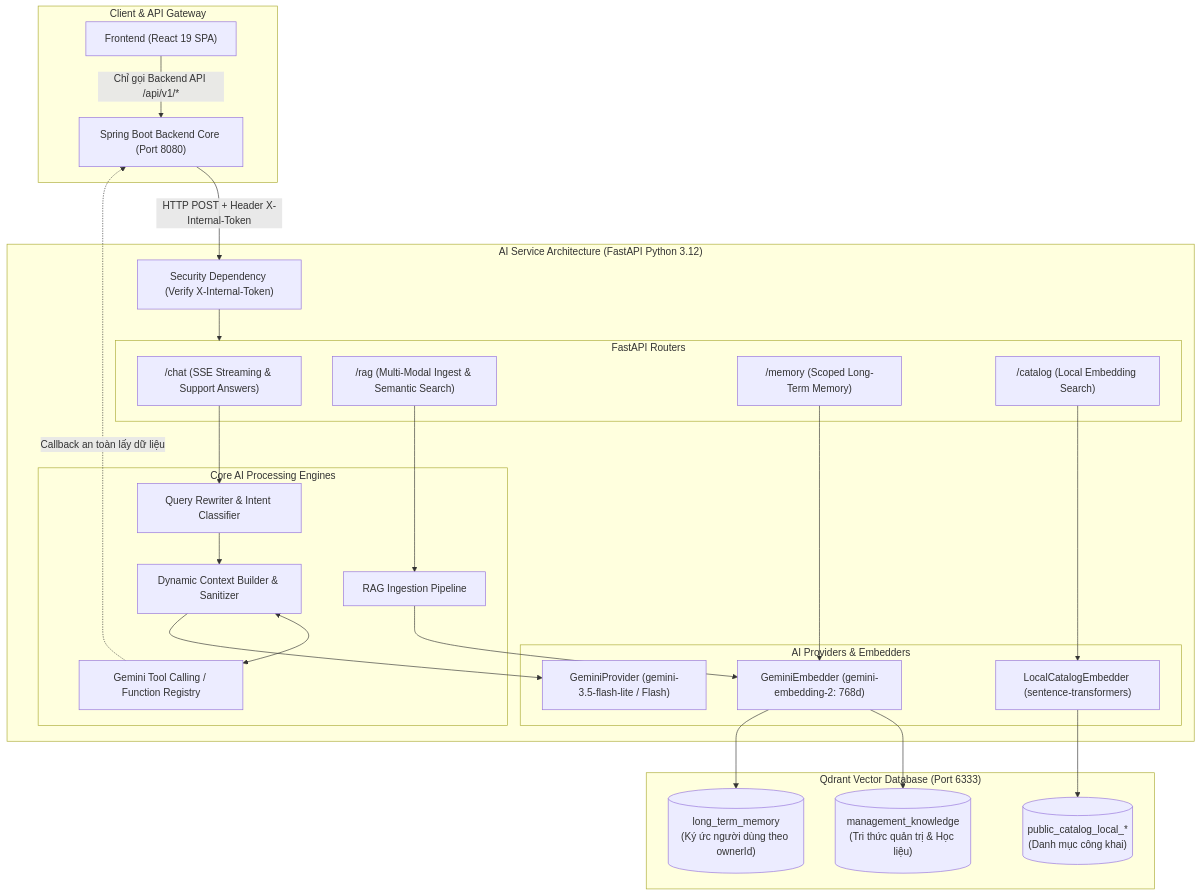
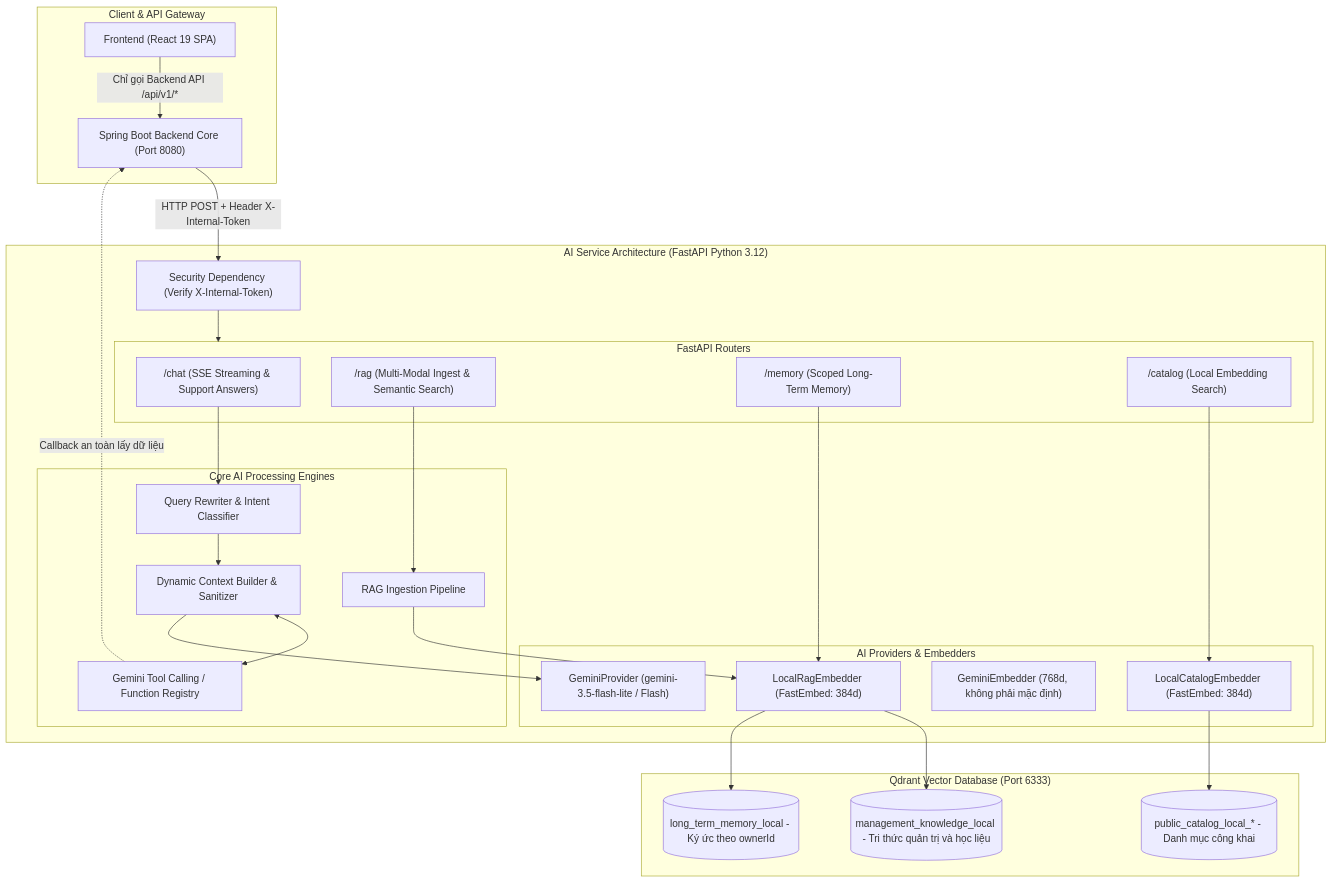
Before and after one commit to vutiendat2302/ai-personalized-lms: the first of 4 diagrams in ai-service/README.md, drawn with Mermaid. The commit also changed other lines of this file and 105 other files, not shown here.

````diff
--- a/ai-service/README.md
+++ b/ai-service/README.md
@@ -31,53 +30,54 @@
 ```mermaid
 flowchart TD
     subgraph ClientAndGateway ["Client & API Gateway"]
         FE["Frontend (React 19 SPA)"]
         BE["Spring Boot Backend Core (Port 8080)"]
     end
 
     subgraph AIServiceCore ["AI Service Architecture (FastAPI Python 3.12)"]
         AuthMiddleware["Security Dependency (Verify X-Internal-Token)"]
 
         subgraph CoreRouters ["FastAPI Routers"]
             ChatRouter["/chat (SSE Streaming & Support Answers)"]
             RAGRouter["/rag (Multi-Modal Ingest & Semantic Search)"]
             MemoryRouter["/memory (Scoped Long-Term Memory)"]
             CatalogRouter["/catalog (Local Embedding Search)"]
         end
 
         subgraph EngineLayer ["Core AI Processing Engines"]
             QueryRewriter["Query Rewriter & Intent Classifier"]
             ContextBuilder["Dynamic Context Builder & Sanitizer"]
             RAGPipeline["RAG Ingestion Pipeline"]
             ToolRegistry["Gemini Tool Calling / Function Registry"]
         end
 
         subgraph ProviderLayer ["AI Providers & Embedders"]
             GeminiLLM["GeminiProvider (gemini-3.5-flash-lite / Flash)"]
-            GeminiEmbedder["GeminiEmbedder (gemini-embedding-2: 768d)"]
-            LocalEmbedder["LocalCatalogEmbedder (sentence-transformers)"]
+            LocalRagEmbedder["LocalRagEmbedder (FastEmbed: 384d)"]
+            GeminiEmbedder["GeminiEmbedder (768d, không phải mặc định)"]
+            LocalEmbedder["LocalCatalogEmbedder (FastEmbed: 384d)"]
         end
     end
 
     subgraph VectorDB ["Qdrant Vector Database (Port 6333)"]
-        ColKnowledge[("management_knowledge<br/>(Tri thức quản trị & Học liệu)")]
-        ColMemory[("long_term_memory<br/>(Ký ức người dùng theo ownerId)")]
-        ColCatalog[("public_catalog_local_*<br/>(Danh mục công khai)")]
+        ColKnowledge[("management_knowledge_local - Tri thức quản trị và học liệu")]
+        ColMemory[("long_term_memory_local - Ký ức theo ownerId")]
+        ColCatalog[("public_catalog_local_* - Danh mục công khai")]
     end
 
     FE -->|Chỉ gọi Backend API /api/v1/*| BE
     BE -->|HTTP POST + Header X-Internal-Token| AuthMiddleware
     AuthMiddleware --> CoreRouters
 
     ChatRouter --> QueryRewriter --> ContextBuilder
     ContextBuilder <--> ToolRegistry
     ContextBuilder --> GeminiLLM
 
     RAGRouter --> RAGPipeline
-    RAGPipeline --> GeminiEmbedder --> ColKnowledge
+    RAGPipeline --> LocalRagEmbedder --> ColKnowledge
 
-    MemoryRouter --> GeminiEmbedder --> ColMemory
+    MemoryRouter --> LocalRagEmbedder --> ColMemory
     CatalogRouter --> LocalEmbedder --> ColCatalog
 
     ToolRegistry -.->|Callback an toàn lấy dữ liệu| BE
 ```
````
